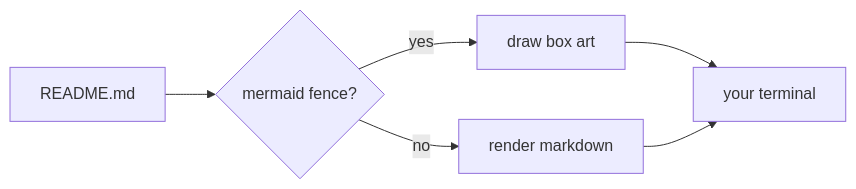
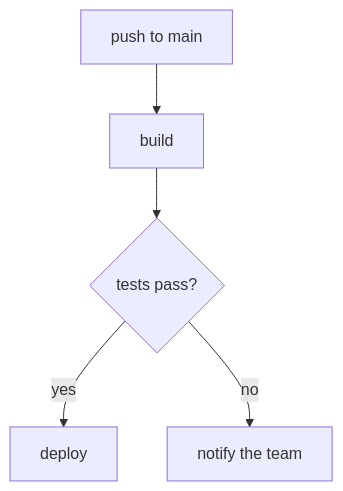
Before and after one commit to erans/mdv: the second of 2 diagrams in testdata/flowchart.md, drawn with Mermaid. The commit also changed other lines of this file and 7 other files, not shown here.

Commit message:
mermaid: aligned centres, arrow rows reserved, longer label search; new screenshots with graphs

````diff
--- a/testdata/flowchart.md
+++ b/testdata/flowchart.md
@@ -7,8 +16,7 @@
 ```mermaid
-graph LR
-  A[README.md] --> B{mermaid fence?}
-  B -->|yes| C[draw box art]
-  B -->|no| D[render markdown]
-  C --> E[your terminal]
-  D --> E
+flowchart TD
+  A[push to main] --> B[build]
+  B --> C{tests pass?}
+  C -->|yes| D[deploy]
+  C -->|no| E[notify the team]
 ```
````
